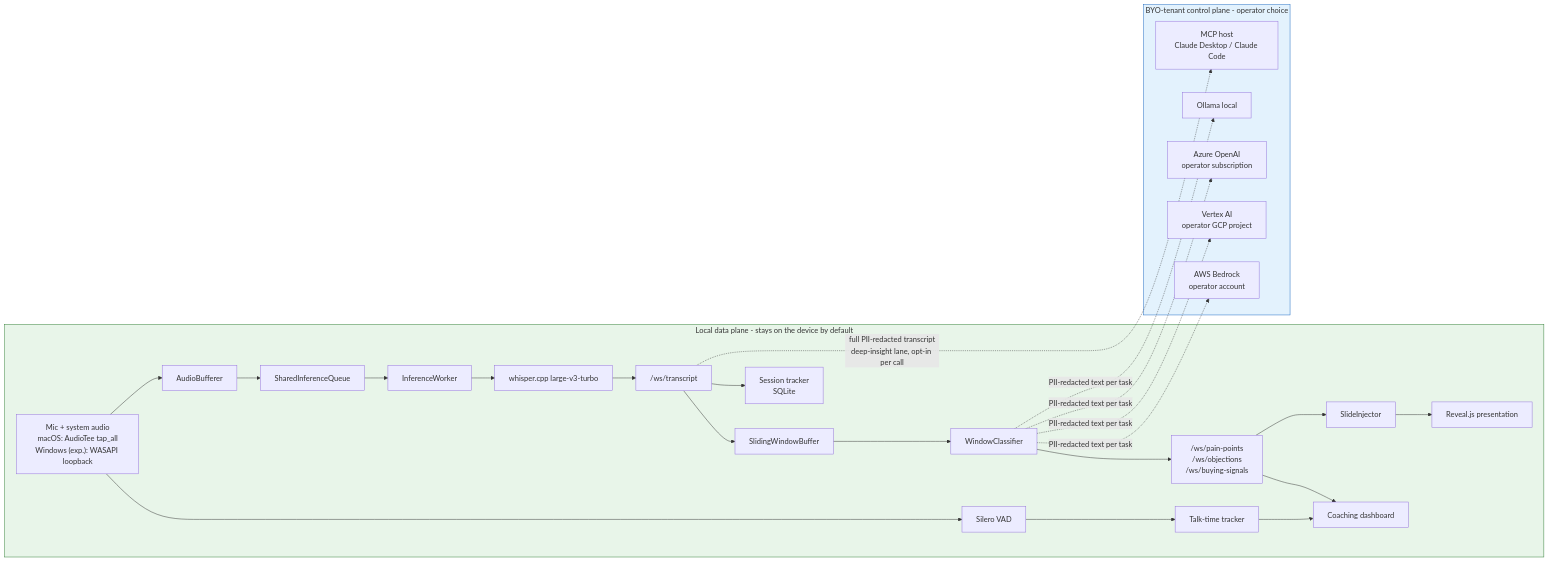
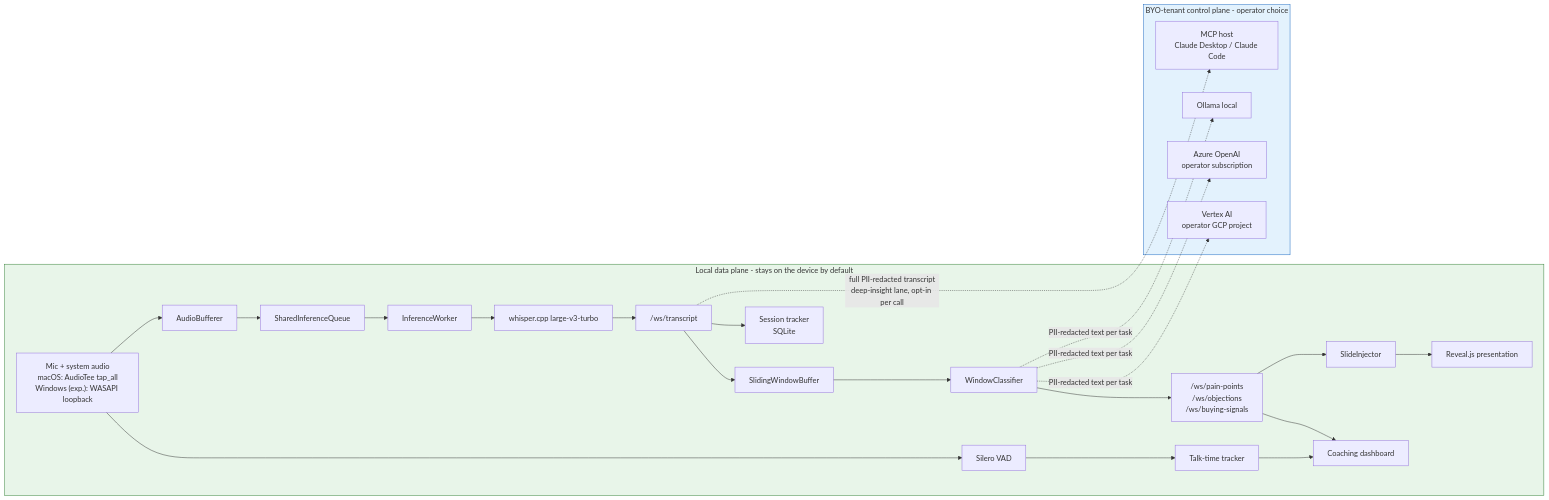
Before and after one commit to Vinix24/OnCue: the first of 2 diagrams in docs/ARCHITECTURE.md, drawn with Mermaid. The commit also changed other lines of this file and 68 other files, not shown here.

````diff
--- a/docs/ARCHITECTURE.md
+++ b/docs/ARCHITECTURE.md
@@ -18,31 +18,30 @@
 ```mermaid
 graph LR
     subgraph local["Local data plane - stays on the device by default"]
         A["Mic + system audio<br/>macOS: AudioTee tap_all<br/>Windows (exp.): WASAPI loopback"] --> B[Silero VAD]
         B --> C[Talk-time tracker]
         A --> D[AudioBufferer]
         D --> E[SharedInferenceQueue]
         E --> F[InferenceWorker]
         F --> G[whisper.cpp large-v3-turbo]
         G --> H["/ws/transcript"]
         H --> I[SlidingWindowBuffer]
         I --> J[WindowClassifier]
         J --> K["/ws/pain-points<br/>/ws/objections<br/>/ws/buying-signals"]
         K --> L[SlideInjector]
         L --> M[Reveal.js presentation]
         C --> N[Coaching dashboard]
         K --> N
         H --> O["Session tracker<br/>SQLite"]
     end
 
     subgraph tenant["BYO-tenant control plane - operator choice"]
         H -. "full PII-redacted transcript<br/>deep-insight lane, opt-in per call" .-> T["MCP host<br/>Claude Desktop / Claude Code"]
         J -. PII-redacted text per task .-> P[Ollama local]
         J -. PII-redacted text per task .-> Q[Azure OpenAI<br/>operator subscription]
         J -. PII-redacted text per task .-> R[Vertex AI<br/>operator GCP project]
-        J -. PII-redacted text per task .-> S[AWS Bedrock<br/>operator account]
     end
 
     style local fill:#e8f5e9,stroke:#2e7d32
     style tenant fill:#e3f2fd,stroke:#1565c0
 ```
````
